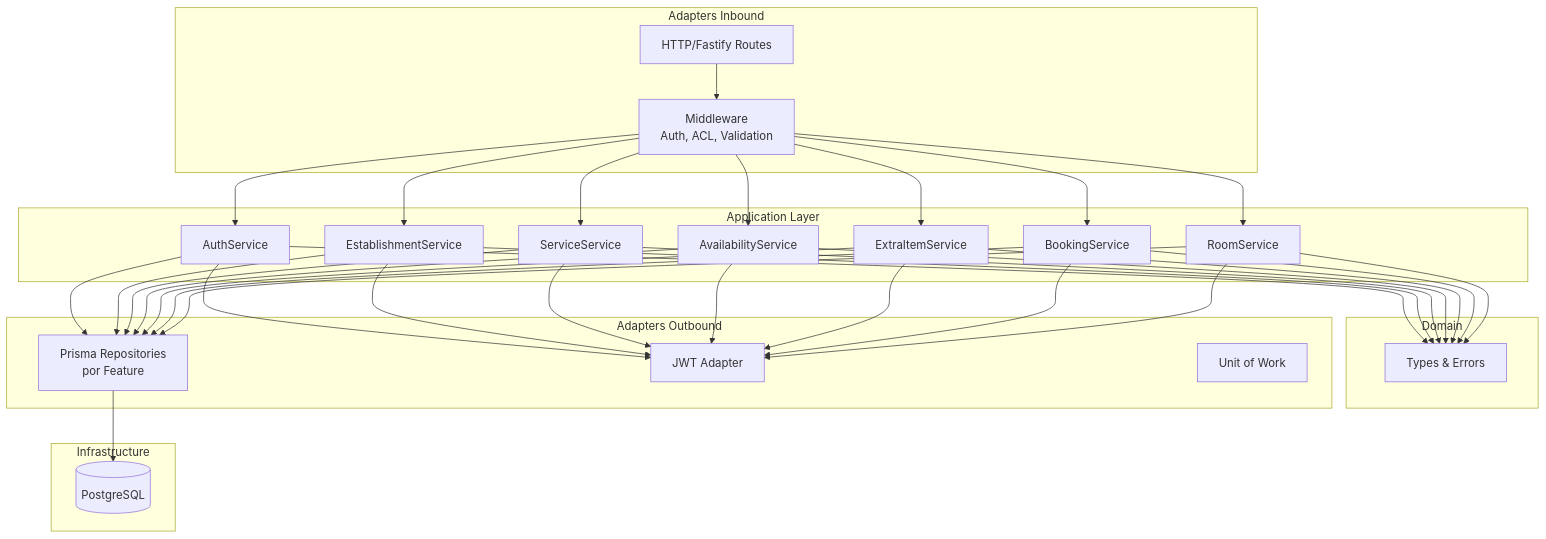
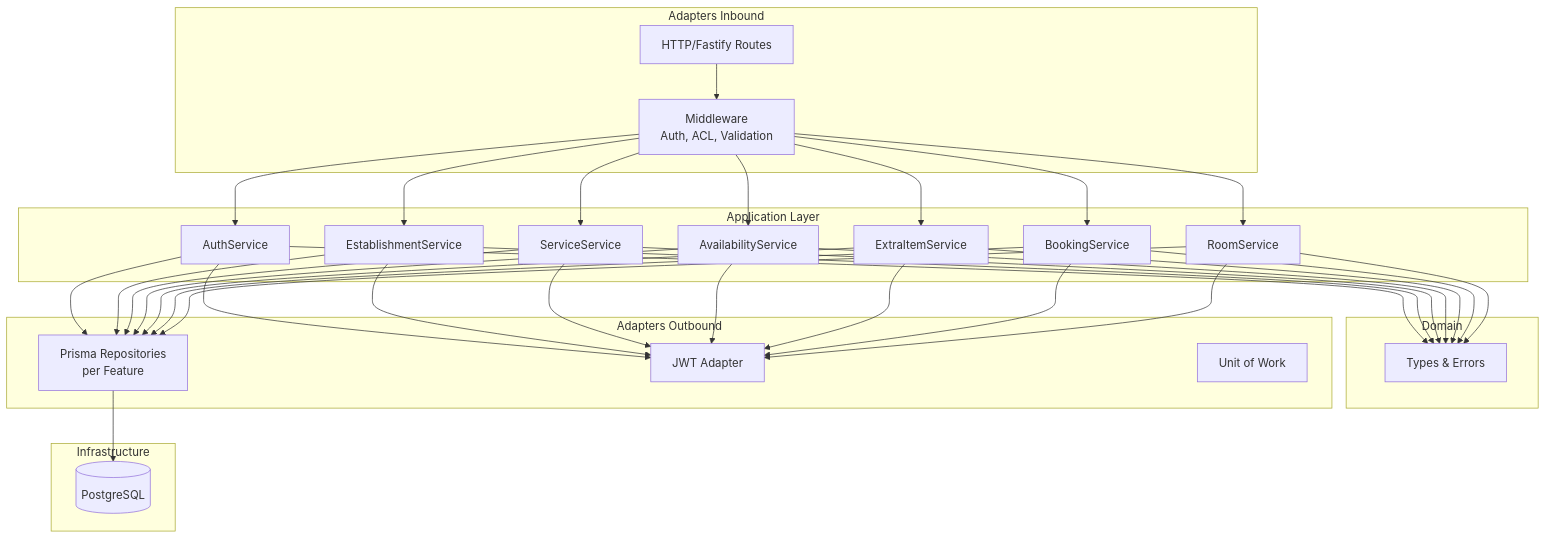
One commit to Nicasiomarques/booking-host changed the first of 10 diagrams in README.md. Above: the diagram before and after it, drawn with Mermaid. The commit also changed other lines of this file and 1 other file, not shown here.

````diff
--- a/README.md
+++ b/README.md
@@ -59,37 +61,37 @@
 ```mermaid
 graph TB
     subgraph "Adapters Inbound"
         HTTP[HTTP/Fastify Routes]
         MW[Middleware<br/>Auth, ACL, Validation]
     end
 
     subgraph "Application Layer"
         AS[AuthService]
         ES[EstablishmentService]
         SS[ServiceService]
         AVS[AvailabilityService]
         EIS[ExtraItemService]
         BS[BookingService]
         RS[RoomService]
     end
 
     subgraph "Domain"
         DT[Types & Errors]
     end
 
     subgraph "Adapters Outbound"
-        PR[Prisma Repositories<br/>por Feature]
+        PR[Prisma Repositories<br/>per Feature]
         JWT[JWT Adapter]
         UOW[Unit of Work]
     end
 
     subgraph "Infrastructure"
         DB[(PostgreSQL)]
     end
 
     HTTP --> MW
     MW --> AS & ES & SS & AVS & EIS & BS & RS
     AS & ES & SS & AVS & EIS & BS & RS --> DT
     AS & ES & SS & AVS & EIS & BS & RS --> PR & JWT
     PR --> DB
 ```
````
